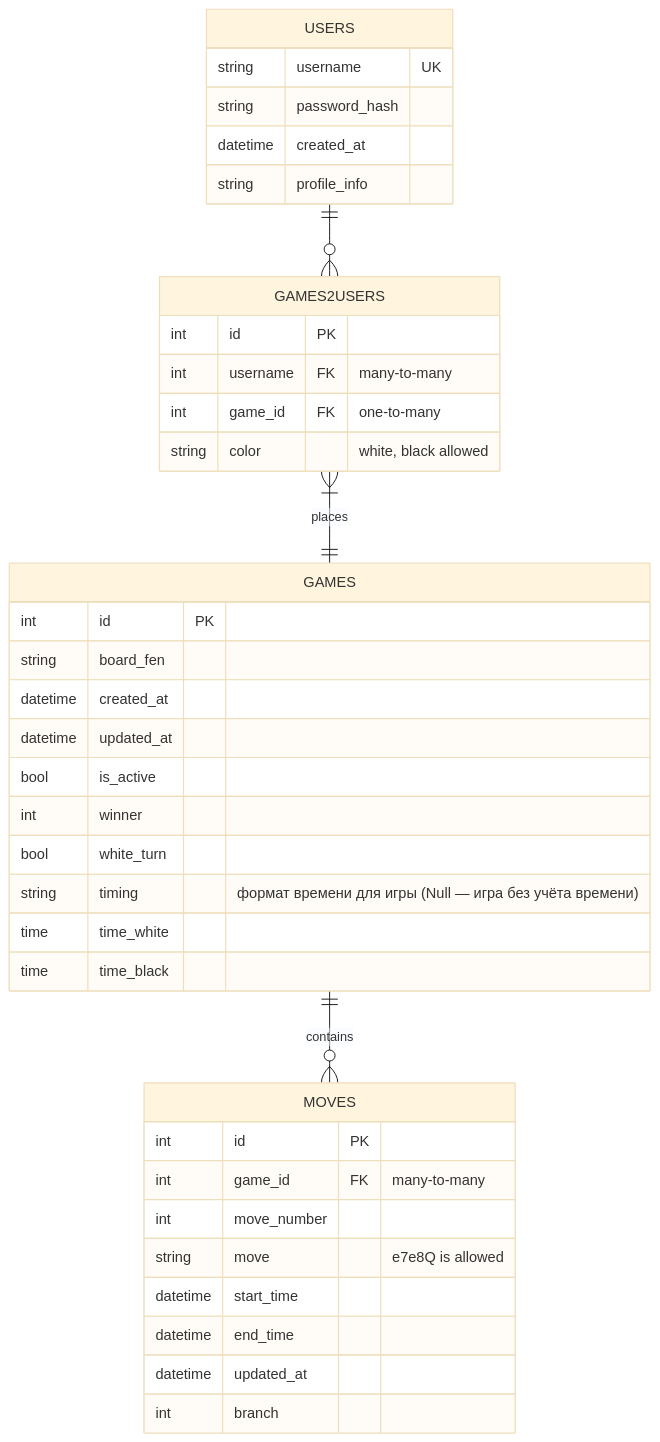
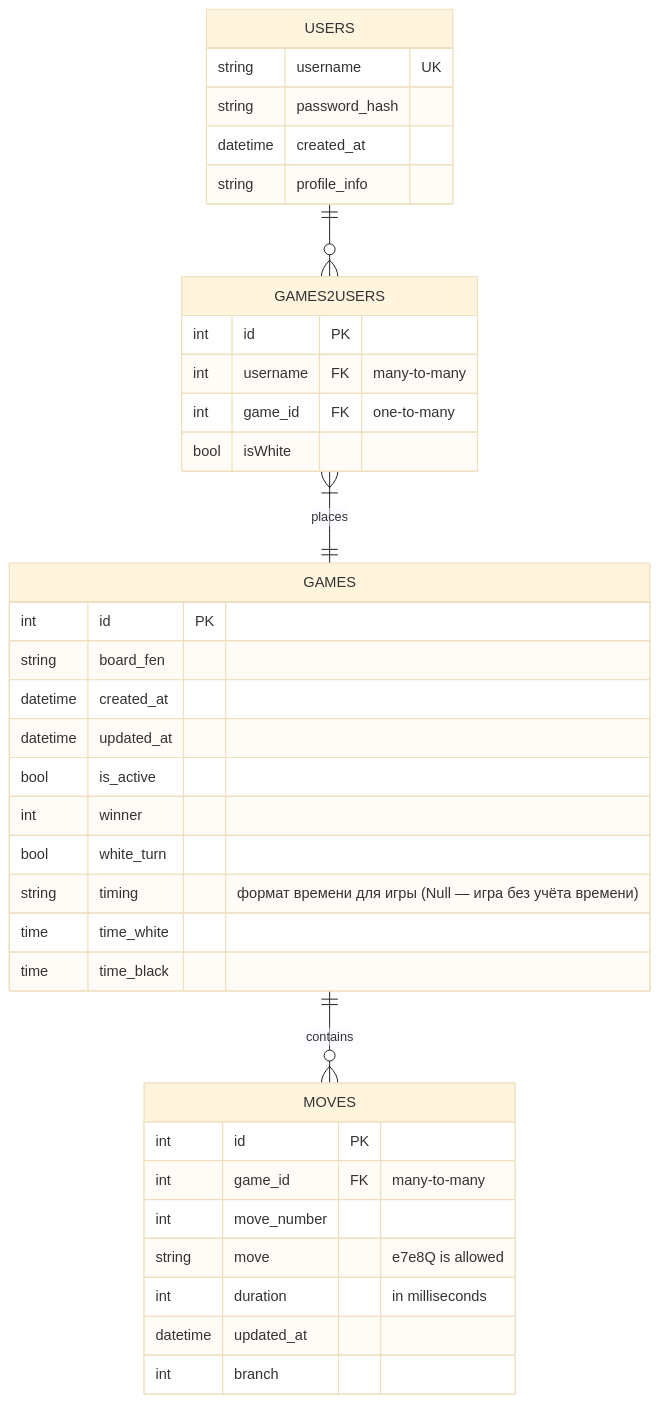
Before and after one commit to sadmadrus/chessBox: the diagram in docs/database.md, drawn with Mermaid (base theme). The commit also changed other lines of this file, not shown here.

````diff
--- a/docs/database.md
+++ b/docs/database.md
@@ -8,40 +8,39 @@
 ```mermaid
 erDiagram
   USERS ||--o{ GAMES2USERS : ""
   GAMES2USERS }|--|| GAMES : places
   GAMES ||--o{ MOVES : contains
   MOVES {
     int id PK
     int game_id FK "many-to-many"
     int move_number
     string move "e7e8Q is allowed"
-    datetime start_time
-    datetime end_time
+    int duration "in milliseconds"
     datetime updated_at
     int branch
   }
   GAMES {
     int id PK
     string board_fen
     datetime created_at
     datetime updated_at
     bool is_active
     int winner
     bool white_turn
     string timing "формат времени для игры (Null — игра без учёта времени)"
     time time_white
     time time_black
   }
   GAMES2USERS {
      int id PK
      int username FK "many-to-many"
      int game_id FK "one-to-many"
-     string color "white, black allowed"
+     bool isWhite
    }
   USERS {
     string username UK
     string password_hash
     datetime created_at
     string profile_info
   }
 ```
````
